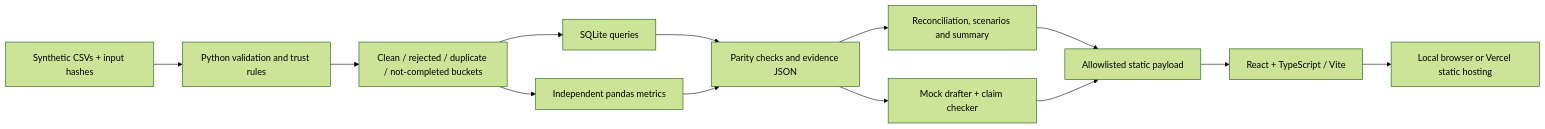
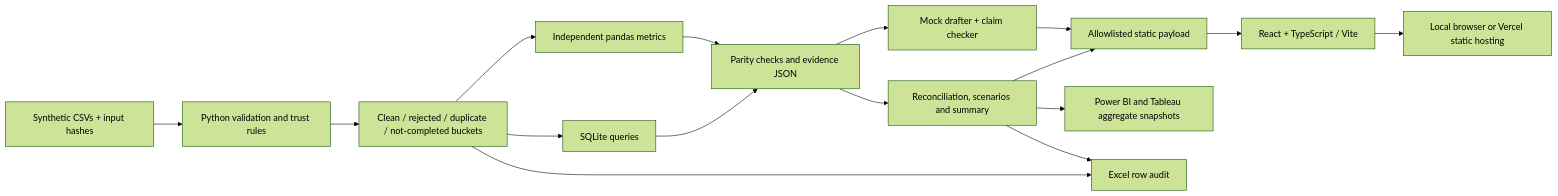
The diagram in README.md (tulasiram2005/evidence-room), drawn with Mermaid (forest theme) before and after one commit. The commit also changed other lines of this file and 2 other files, not shown here.

Commit message:
Document BI data flows, snapshot refresh and release verification

````diff
--- a/README.md
+++ b/README.md
@@ -125,15 +125,18 @@
 ```mermaid
 flowchart LR
     A["Synthetic CSVs + input hashes"] --> B["Python validation and trust rules"]
     B --> C["Clean / rejected / duplicate / not-completed buckets"]
     C --> D["SQLite queries"]
     C --> E["Independent pandas metrics"]
     D --> F["Parity checks and evidence JSON"]
     E --> F
     F --> G["Reconciliation, scenarios and summary"]
     F --> H["Mock drafter + claim checker"]
     G --> I["Allowlisted static payload"]
     H --> I
     I --> J["React + TypeScript / Vite"]
     J --> K["Local browser or Vercel static hosting"]
+    G --> L["Power BI and Tableau aggregate snapshots"]
+    C --> M["Excel row audit"]
+    G --> M
 ```
````
